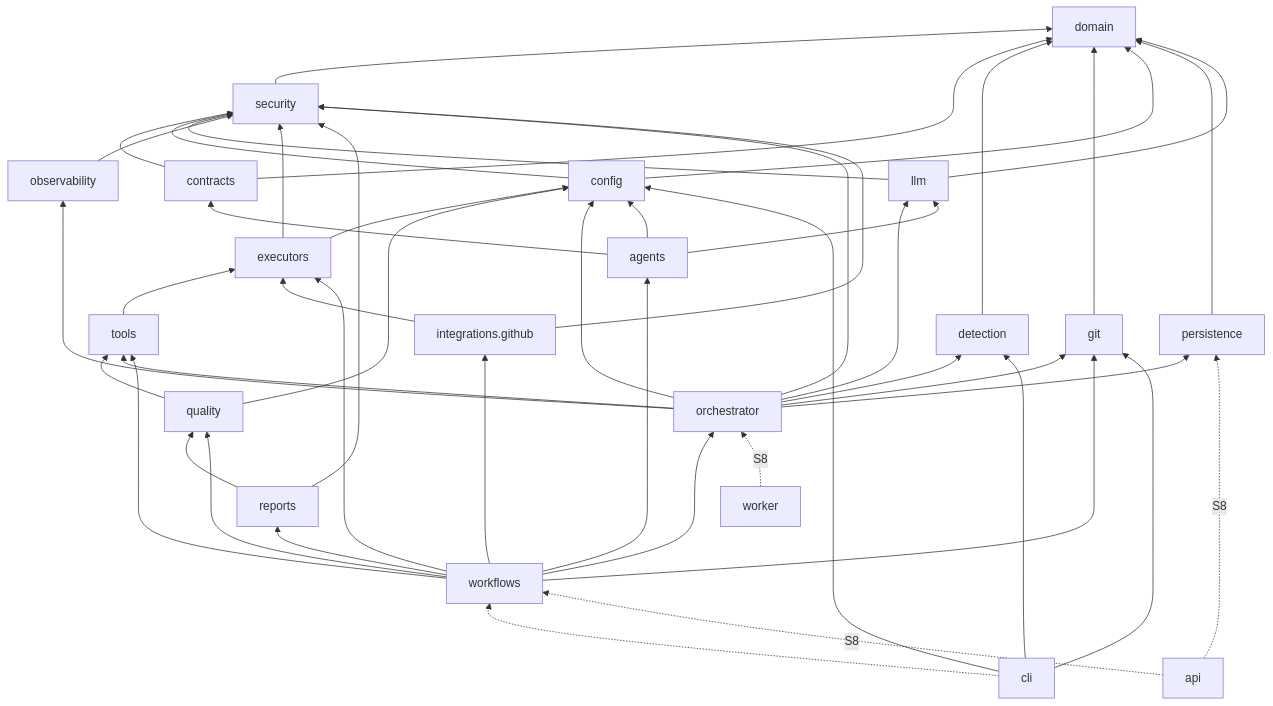
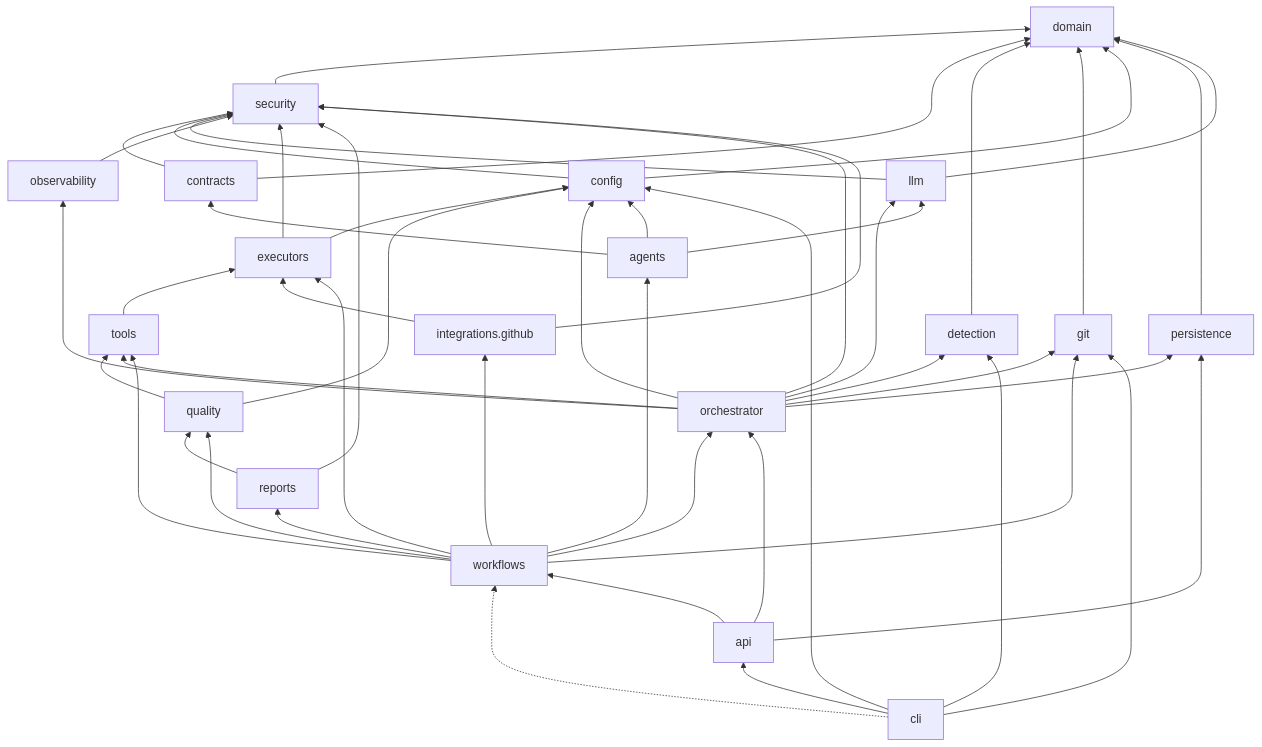
Before and after one commit to aitmaganbetov/ai-coding-platform: the diagram in docs/architecture/modules.md, drawn with Mermaid. The commit also changed other lines of this file and 12 other files, not shown here.

First line of the commit message:
S8 docs: server guide, ADR-0030/0031, CLI reference, backlog and architecture status

````diff
--- a/docs/architecture/modules.md
+++ b/docs/architecture/modules.md
@@ -70,28 +70,28 @@
 ```mermaid
 flowchart BT
     domain
     security --> domain
     contracts --> security & domain
     detection --> domain
     git --> domain
     config --> security & domain
     persistence --> domain
     llm --> security & domain
     observability --> security
     executors --> security & config
     tools --> executors
     quality --> tools & config
     reports --> security
     orchestrator --> persistence & config & security & llm & git & detection & observability
     orchestrator --> tools
     agents --> contracts & llm & config
     reports --> quality
     github[integrations.github] --> executors & security
     workflows --> orchestrator & quality & reports & tools & executors
     workflows --> github & git
     workflows --> agents
     cli --> config & detection & git
     cli -.-> workflows
-    api -.S8.-> workflows & persistence
-    worker -.S8.-> orchestrator
+    api --> workflows & orchestrator & persistence
+    cli --> api
 ```
````
